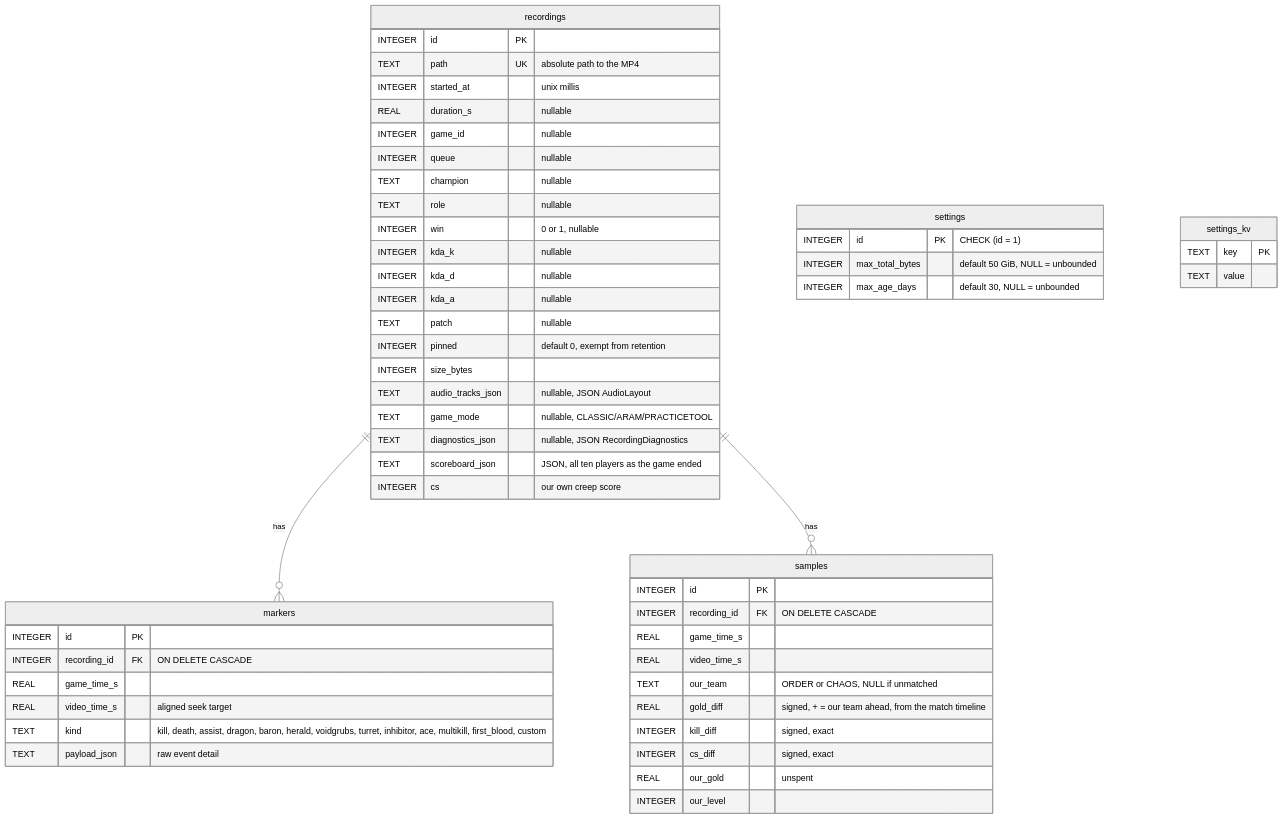
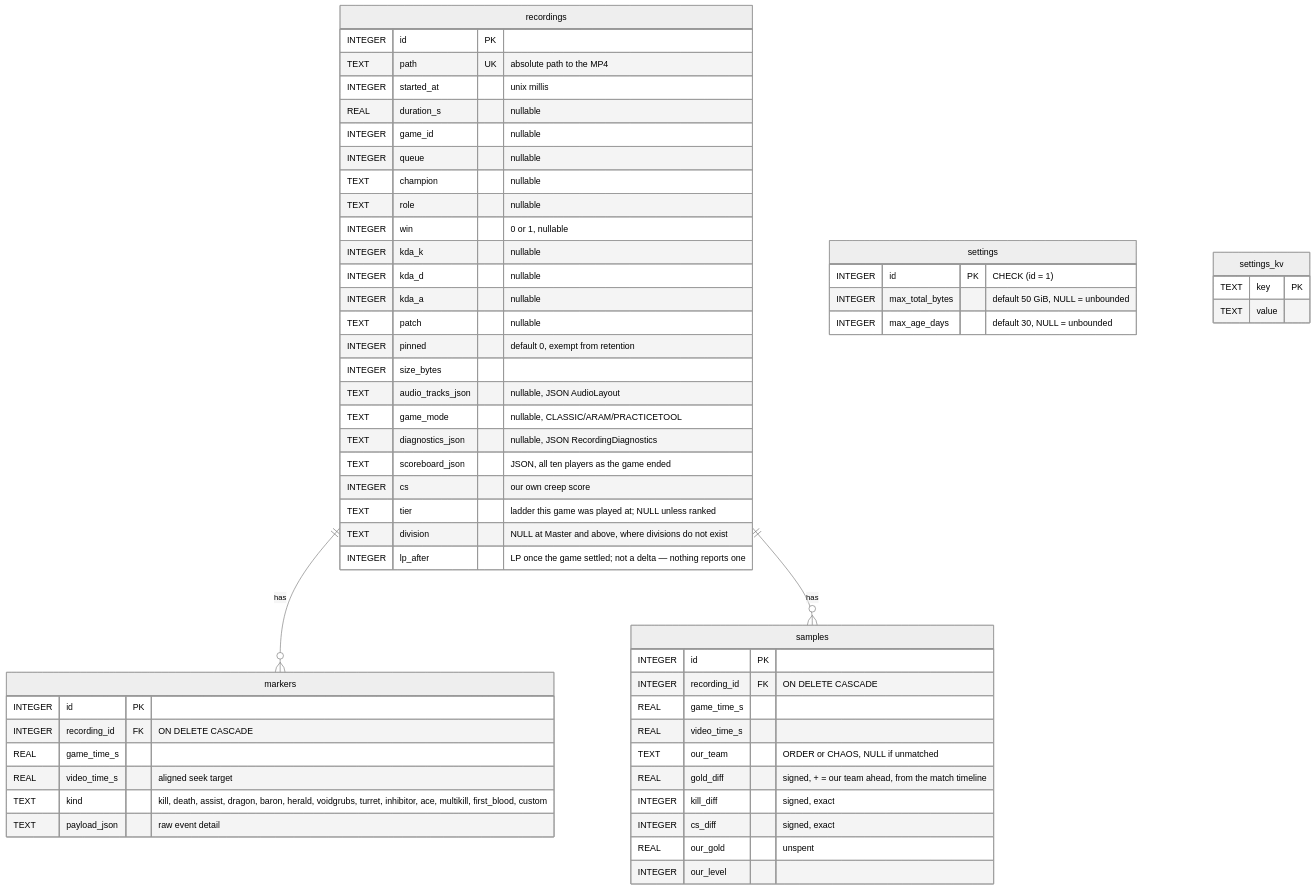
The first of 3 diagrams in docs/data-model.md (NinjaGoldfinch/ninja-recorder), drawn with Mermaid (neutral theme) before and after one commit. The commit also changed other lines of this file and 10 other files, not shown here.

First line of the commit message:
feat(db): record the rank a game was played at

````diff
--- a/docs/data-model.md
+++ b/docs/data-model.md
@@ -15,57 +15,60 @@
 ```mermaid
 erDiagram
     recordings ||--o{ markers : "has"
     recordings ||--o{ samples : "has"
 
     recordings {
         INTEGER id PK
         TEXT    path UK "absolute path to the MP4"
         INTEGER started_at "unix millis"
         REAL    duration_s "nullable"
         INTEGER game_id "nullable"
         INTEGER queue "nullable"
         TEXT    champion "nullable"
         TEXT    role "nullable"
         INTEGER win "0 or 1, nullable"
         INTEGER kda_k "nullable"
         INTEGER kda_d "nullable"
         INTEGER kda_a "nullable"
         TEXT    patch "nullable"
         INTEGER pinned "default 0, exempt from retention"
         INTEGER size_bytes
         TEXT    audio_tracks_json "nullable, JSON AudioLayout"
         TEXT    game_mode "nullable, CLASSIC/ARAM/PRACTICETOOL"
         TEXT    diagnostics_json "nullable, JSON RecordingDiagnostics"
         TEXT    scoreboard_json "JSON, all ten players as the game ended"
         INTEGER cs "our own creep score"
+        TEXT    tier "ladder this game was played at; NULL unless ranked"
+        TEXT    division "NULL at Master and above, where divisions do not exist"
+        INTEGER lp_after "LP once the game settled; not a delta — nothing reports one"
     }
     markers {
         INTEGER id PK
         INTEGER recording_id FK "ON DELETE CASCADE"
         REAL    game_time_s
         REAL    video_time_s "aligned seek target"
         TEXT    kind "kill, death, assist, dragon, baron, herald, voidgrubs, turret, inhibitor, ace, multikill, first_blood, custom"
         TEXT    payload_json "raw event detail"
     }
     samples {
         INTEGER id PK
         INTEGER recording_id FK "ON DELETE CASCADE"
         REAL    game_time_s
         REAL    video_time_s
         TEXT    our_team "ORDER or CHAOS, NULL if unmatched"
         REAL    gold_diff "signed, + = our team ahead, from the match timeline"
         INTEGER kill_diff "signed, exact"
         INTEGER cs_diff "signed, exact"
         REAL    our_gold "unspent"
         INTEGER our_level
     }
     settings {
         INTEGER id PK "CHECK (id = 1)"
         INTEGER max_total_bytes "default 50 GiB, NULL = unbounded"
         INTEGER max_age_days "default 30, NULL = unbounded"
     }
     settings_kv {
         TEXT key PK
         TEXT value
     }
 ```
````
